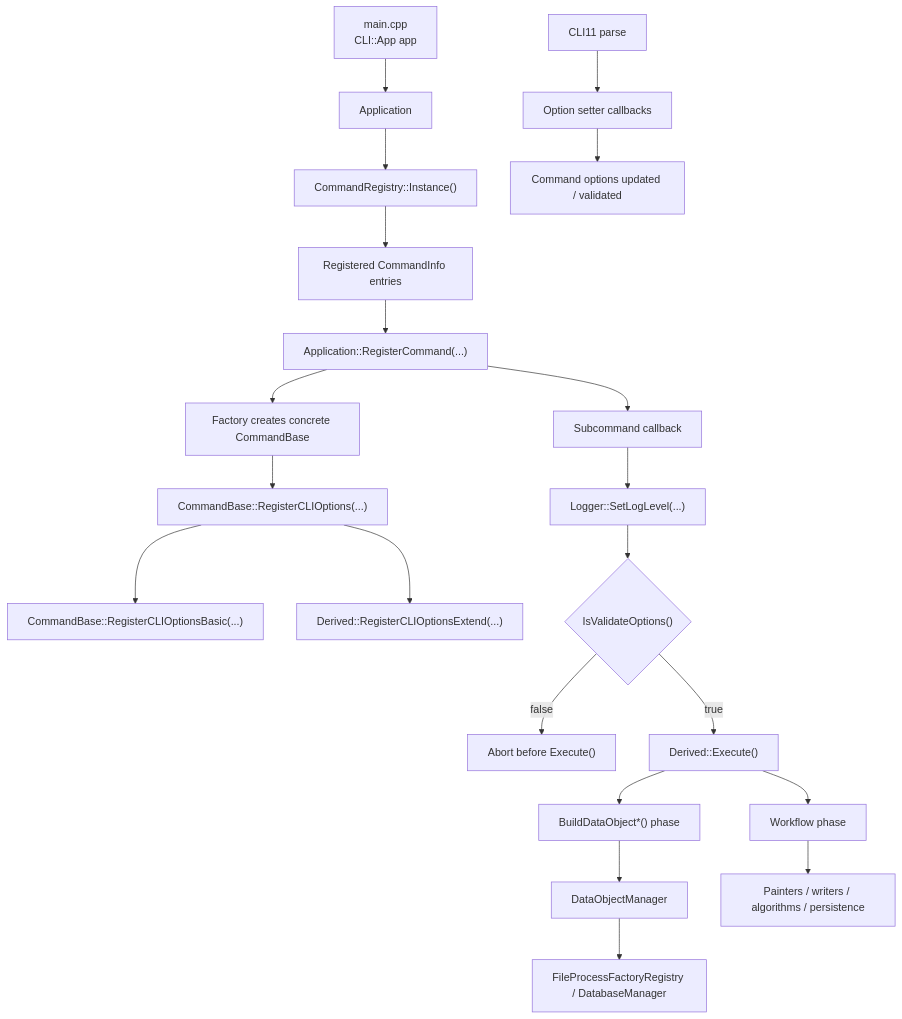
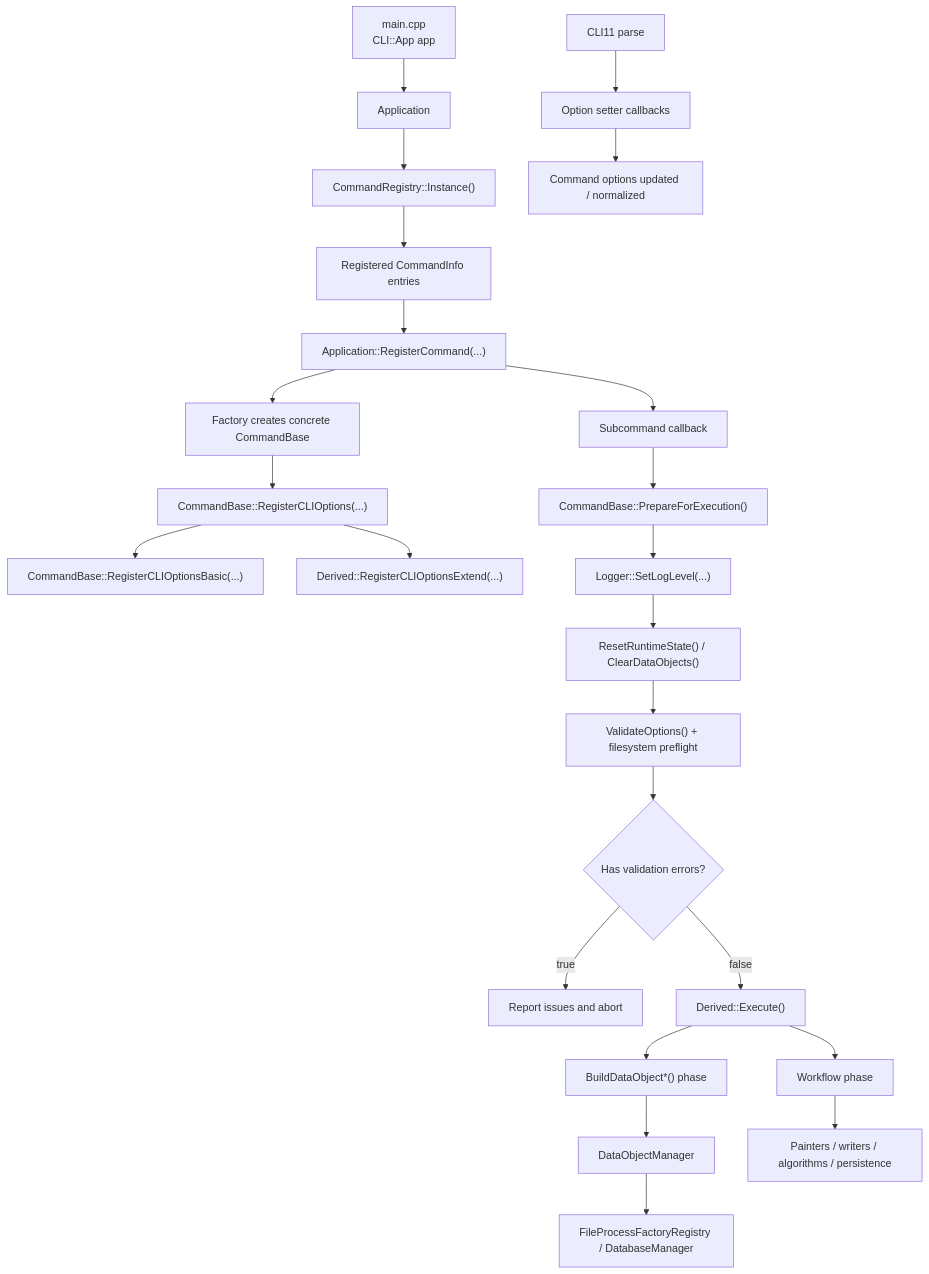
One commit to yslianTim/rhbm_gem changed the first of 2 diagrams in docs/developer/architecture/command-architecture.md. Above: the diagram before and after it, drawn with Mermaid. The commit also changed other lines of this file and 32 other files, not shown here.

````diff
--- a/docs/developer/architecture/command-architecture.md
+++ b/docs/developer/architecture/command-architecture.md
@@ -20,27 +20,30 @@
 ```mermaid
 flowchart TD
     A["main.cpp<br/>CLI::App app"] --> B["Application"]
     B --> C["CommandRegistry::Instance()"]
     C --> D["Registered CommandInfo entries"]
 
     D --> E["Application::RegisterCommand(...)"]
     E --> F["Factory creates concrete CommandBase"]
     F --> G["CommandBase::RegisterCLIOptions(...)"]
     G --> H["CommandBase::RegisterCLIOptionsBasic(...)"]
     G --> I["Derived::RegisterCLIOptionsExtend(...)"]
 
     J["CLI11 parse"] --> K["Option setter callbacks"]
-    K --> L["Command options updated / validated"]
+    K --> L["Command options updated / normalized"]
 
     E --> M["Subcommand callback"]
-    M --> N["Logger::SetLogLevel(...)"]
-    N --> O{"IsValidateOptions()"}
-    O -- false --> P["Abort before Execute()"]
-    O -- true --> Q["Derived::Execute()"]
+    M --> N["CommandBase::PrepareForExecution()"]
+    N --> O["Logger::SetLogLevel(...)"]
+    O --> P["ResetRuntimeState() / ClearDataObjects()"]
+    P --> Q["ValidateOptions() + filesystem preflight"]
+    Q --> R{"Has validation errors?"}
+    R -- true --> S["Report issues and abort"]
+    R -- false --> T["Derived::Execute()"]
 
-    Q --> R["BuildDataObject*() phase"]
-    R --> S["DataObjectManager"]
-    S --> T["FileProcessFactoryRegistry / DatabaseManager"]
-    Q --> U["Workflow phase"]
-    U --> V["Painters / writers / algorithms / persistence"]
+    T --> U["BuildDataObject*() phase"]
+    U --> V["DataObjectManager"]
+    V --> W["FileProcessFactoryRegistry / DatabaseManager"]
+    T --> X["Workflow phase"]
+    X --> Y["Painters / writers / algorithms / persistence"]
 ```
````
